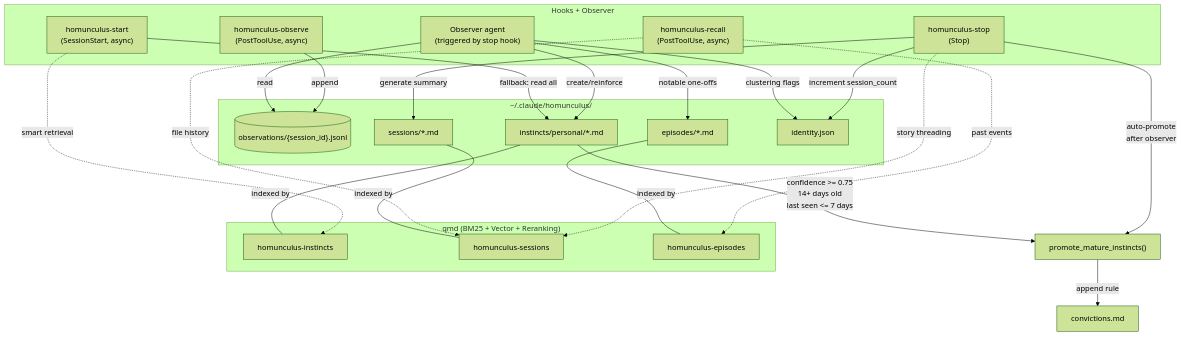
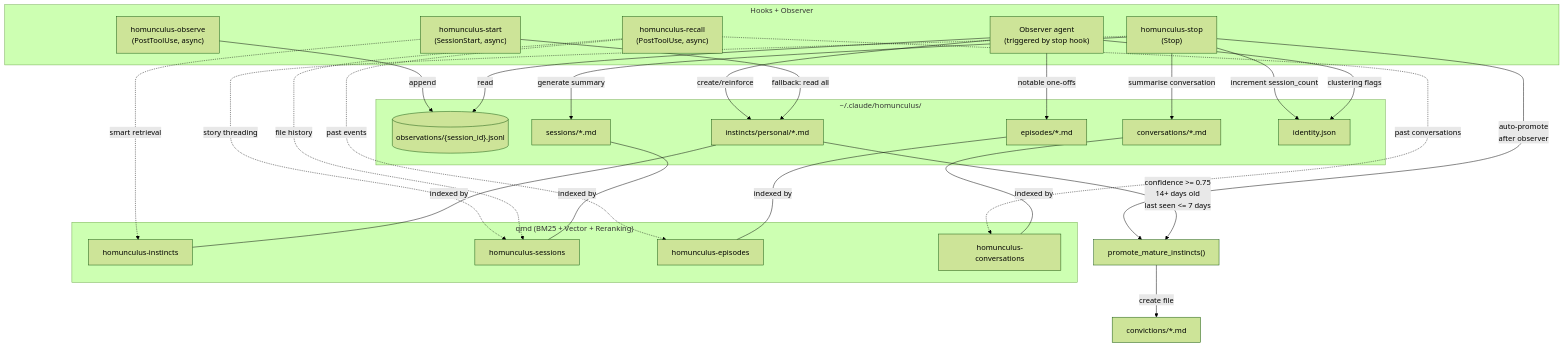
Before and after one commit to paulmonk/dotfiles: the first of 2 diagrams in claude/HOMUNCULUS.md, drawn with Mermaid (forest theme). The commit also changed other lines of this file and 58 other files, not shown here.

````diff
--- a/claude/HOMUNCULUS.md
+++ b/claude/HOMUNCULUS.md
@@ -19,47 +19,52 @@
 ```mermaid
 flowchart TD
     subgraph hooks["Hooks + Observer"]
         observe["homunculus-observe\n(PostToolUse, async)"]
         start["homunculus-start\n(SessionStart, async)"]
         stop["homunculus-stop\n(Stop)"]
         recall["homunculus-recall\n(PostToolUse, async)"]
         observer["Observer agent\n(triggered by stop hook)"]
     end
 
     subgraph data["~/.claude/homunculus/"]
         obs[("observations/{session_id}.jsonl")]
         instincts["instincts/personal/*.md"]
         sessions["sessions/*.md"]
         episodes["episodes/*.md"]
+        conversations["conversations/*.md"]
         identity["identity.json"]
     end
 
     subgraph qmd["qmd (BM25 + Vector + Reranking)"]
         c1["homunculus-instincts"]
         c2["homunculus-sessions"]
         c3["homunculus-episodes"]
+        c4["homunculus-conversations"]
     end
 
     observe -->|append| obs
     stop -->|increment session_count| identity
     stop -->|generate summary| sessions
+    stop -->|summarise conversation| conversations
     stop -.->|story threading| c2
 
     observer -->|read| obs
     observer -->|create/reinforce| instincts
     observer -->|notable one-offs| episodes
     observer -->|clustering flags| identity
     stop -->|"auto-promote\nafter observer"| promote["promote_mature_instincts()"]
     instincts -->|"confidence >= 0.75\n14+ days old\nlast seen <= 7 days"| promote
-    promote -->|append rule| convictions["convictions.md"]
+    promote -->|create file| convictions["convictions/*.md"]
 
     start -.->|smart retrieval| c1
     start -->|fallback: read all| instincts
 
     recall -.->|file history| c2
     recall -.->|past events| c3
+    recall -.->|past conversations| c4
 
     instincts ---|indexed by| c1
     sessions ---|indexed by| c2
     episodes ---|indexed by| c3
+    conversations ---|indexed by| c4
 ```
````
